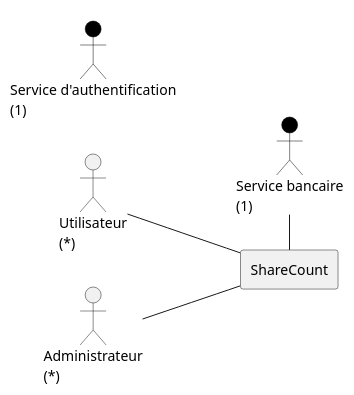
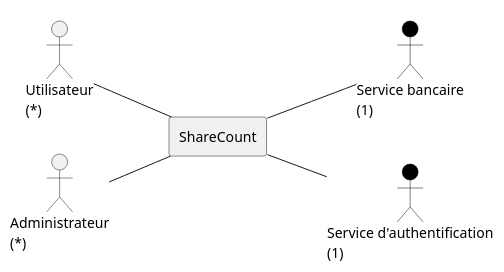
Before and after one commit to lmtb06/sharecount: the diagram in diagrammes/specification/contexte-statique.puml, drawn with PlantUML.

Commit message:
Correction oublie dans le diagramme de contexte statique

```diff
--- a/diagrammes/specification/contexte-statique.puml
+++ b/diagrammes/specification/contexte-statique.puml
@@ -1,25 +1,26 @@
 @startuml "Diagramme de contexte statique"
 
 left to right direction
 
 skinparam actor {
 BackgroundColor<< externe >> Black
 BorderColor<< externe >> Black
 StereotypeFontSize<< externe >> 0
 }
 
 actor "Utilisateur\n(*)" as User
 
 actor "Administrateur\n(*)" as Admin
 
 actor "Service bancaire\n(1)" << externe >> as SB
 
 actor "Service d'authentification\n(1)" << externe >> as SA
 
 rectangle "ShareCount" as SC
 
 User -- SC
 Admin -- SC
-SB - SC
+SC -- SB
+SC -- SA
 
 @enduml
```
